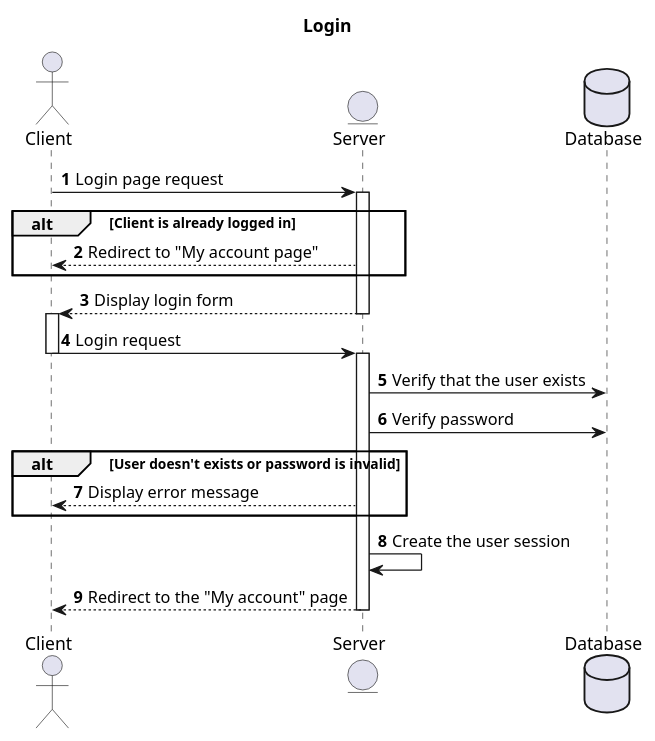
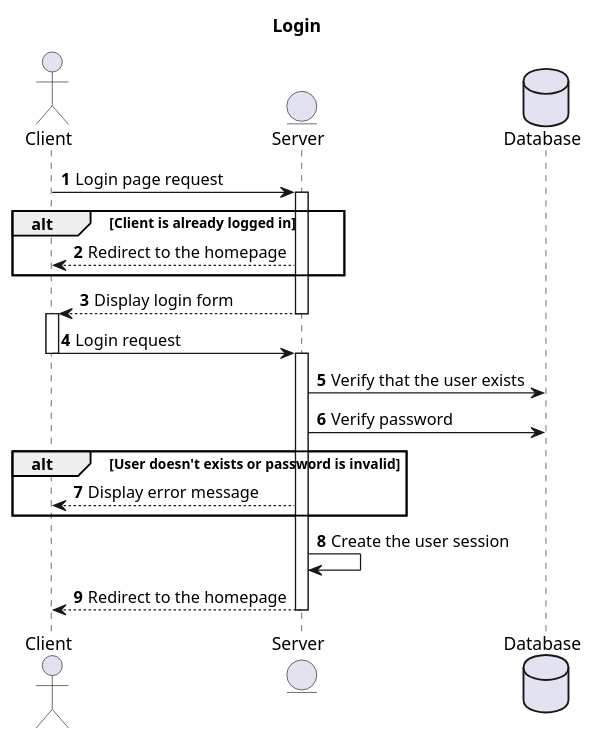
Before and after one commit to acecconato/AnthonyCecconato_5_18102021: the diagram in docs/puml/sequence/security/login.puml, drawn with PlantUML. The commit also changed 46 other files, not shown here.

```diff
--- a/docs/puml/sequence/security/login.puml
+++ b/docs/puml/sequence/security/login.puml
@@ -1,44 +1,44 @@
 @startuml
 
 title Login
 autonumber
 
 actor Client
 entity Server
 Database Database
 
 Client -> Server : Login page request
 
 activate Server
 
 alt Client is already logged in
-    Server --> Client : Redirect to "My account page"
+    Server --> Client : Redirect to the homepage
 end
 
 Server --> Client : Display login form
 
 deactivate Server
 
 activate Client
 
 Client -> Server : Login request
 
 deactivate Client
 
 activate Server
 
 Server -> Database : Verify that the user exists
 
 Server -> Database : Verify password
 
 alt User doesn't exists or password is invalid
     Server --> Client : Display error message
 end
 
 Server -> Server : Create the user session
 
-Server --> Client : Redirect to the "My account" page
+Server --> Client : Redirect to the homepage
 
 deactivate Server
 
 @enduml
```
